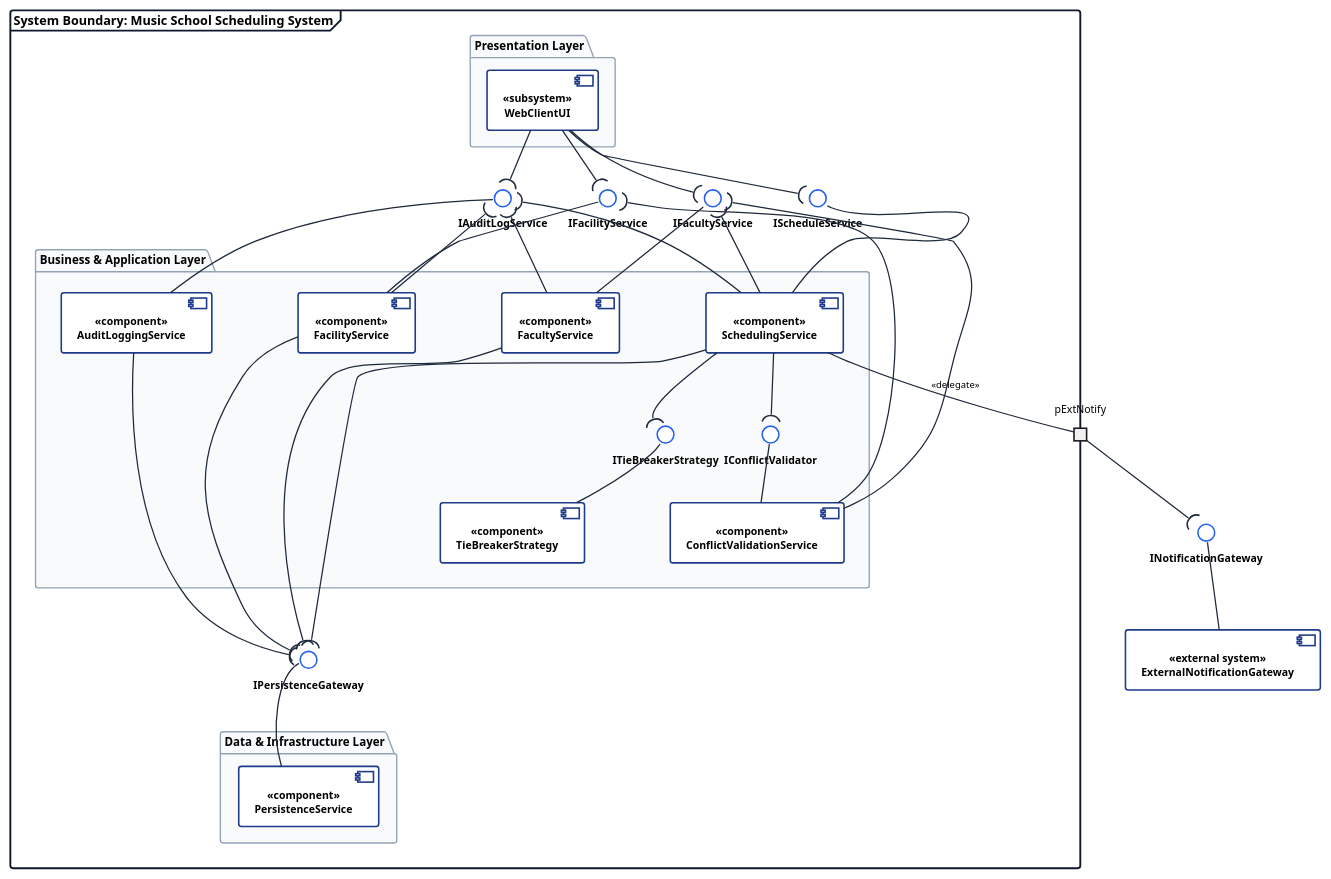
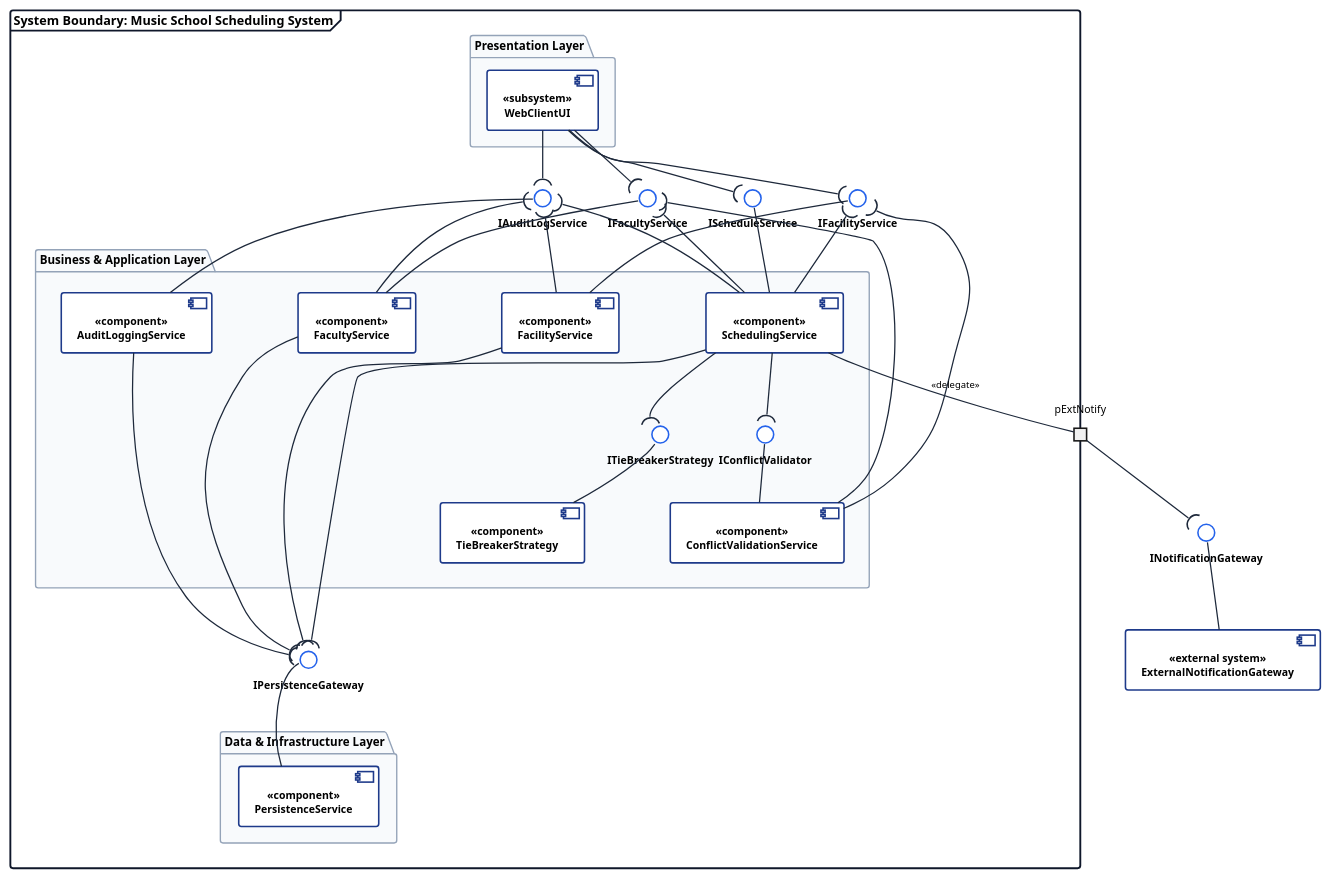
One commit to adoreblvnk/2001temp changed the diagram in report/assets/m2/component_diagram.puml. Above: the diagram before and after it, drawn with PlantUML. The commit also changed 27 other files, not shown here.

```diff
--- a/report/assets/m2/component_diagram.puml
+++ b/report/assets/m2/component_diagram.puml
@@ -1,147 +1,148 @@
 @startuml component_diagram
 top to bottom direction
 skinparam componentStyle uml2
 skinparam shadowing false
 skinparam defaultFontName "Helvetica", "Arial", sans-serif
 skinparam defaultFontSize 10
 skinparam nodesep 82
 skinparam ranksep 46
 
 skinparam component {
     BackgroundColor #FFFFFF
     BorderColor #1E3A8A
     BorderThickness 1.5
     FontSize 10
     FontStyle bold
 }
 
 skinparam interface {
     BackgroundColor #FFFFFF
     BorderColor #2563EB
     BorderThickness 1.5
     FontSize 10
     FontStyle bold
 }
 
 skinparam package {
     BackgroundColor #F8FAFC
     BorderColor #94A3B8
     BorderThickness 1.3
     FontSize 11
     FontStyle bold
 }
 
 skinparam frame {
     BackgroundColor #FFFFFF
     BorderColor #0F172A
     BorderThickness 1.8
     FontSize 12
     FontStyle bold
 }
 
 skinparam arrow {
     Color #1E293B
     Thickness 1.2
     FontSize 9
 }
 
 frame "System Boundary: Music School Scheduling System" as SysBoundary {
 
     package "Presentation Layer" as PkgUI {
         component [WebClientUI] as UI <<subsystem>>
     }
 
     ' Provided Service Interfaces exposed to Presentation Layer
     together {
         () "IAuditLogService" as IAudit
         () "IFacilityService" as IFacility
         () "IFacultyService" as IFaculty
         () "IScheduleService" as ISchedule
     }
 
     package "Business & Application Layer" as PkgBiz {
         together {
             component [AuditLoggingService] as AuditComp <<component>>
             component [FacilityService] as FacilComp <<component>>
             component [FacultyService] as FacComp <<component>>
             component [SchedulingService] as SchedComp <<component>>
         }
 
         together {
             () "ITieBreakerStrategy" as IRank
             () "IConflictValidator" as IVal
         }
 
         together {
             component [TieBreakerStrategy] as RankComp <<component>>
             component [ConflictValidationService] as ValComp <<component>>
         }
     }
 
     () "IPersistenceGateway" as IData
 
     package "Data & Infrastructure Layer" as PkgData {
         component [PersistenceService] as DataComp <<component>>
     }
 
     portout "pExtNotify" as pExtNotify
 }
 
 ' External System outside System Boundary
 () "INotificationGateway" as INotify
 component [ExternalNotificationGateway] as ExtNotify <<external system>>
 
 ' Presentation to Provided Business Interfaces
 UI -down-( IAudit
 UI -down-( ISchedule
 UI -down-( IFaculty
 UI -down-( IFacility
 
 ' Service Interface Realizations (Provided Lollipops directly above each provider)
 AuditComp -up- IAudit
 SchedComp -up- ISchedule
 FacComp -up- IFaculty
 FacilComp -up- IFacility
 
 ' Intra-Layer Business Collaborations
 SchedComp -up-( IAudit
 FacComp -up-( IAudit
 FacilComp -up-( IAudit
 SchedComp -up-( IFaculty
+SchedComp -up-( IFacility
 SchedComp -down-( IRank
 SchedComp -down-( IVal
 RankComp -up- IRank
 ValComp -up- IVal
 ValComp -up-( IFaculty
 ValComp -up-( IFacility
 
 ' Data Layer Persistence Realization & Consumers
 DataComp -up- IData
 AuditComp -down-( IData
 SchedComp -down-( IData
 FacComp -down-( IData
 FacilComp -down-( IData
 
 ' UML 2.5.1 Boundary Delegation & External Socket/Lollipop
 SchedComp -- pExtNotify : <<delegate>>
 pExtNotify -down-( INotify
 ExtNotify -up- INotify
 
 ' Strict Horizontal & Vertical Layout Ordering
 IAudit -[hidden]right-> IFacility
 IFacility -[hidden]right-> IFaculty
 IFaculty -[hidden]right-> ISchedule
 
 AuditComp -[hidden]right-> FacilComp
 FacilComp -[hidden]right-> FacComp
 FacComp -[hidden]right-> SchedComp
 SchedComp -[hidden]down-> IRank
 FacComp -[hidden]down-> IVal
 IRank -[hidden]right-> IVal
 RankComp -[hidden]right-> ValComp
 
 RankComp -[hidden]down-> IData
 ValComp -[hidden]down-> IData
 IData -[hidden]down-> DataComp
 
 @enduml
```
